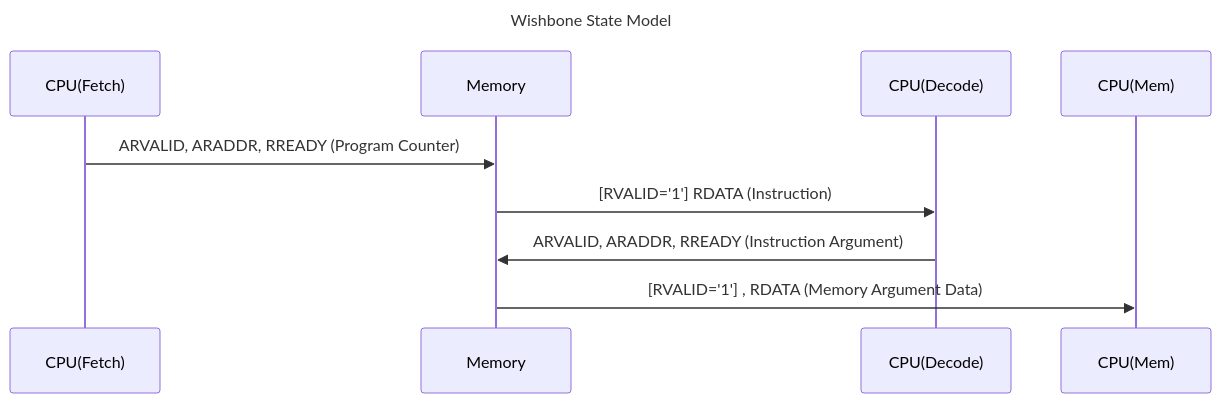
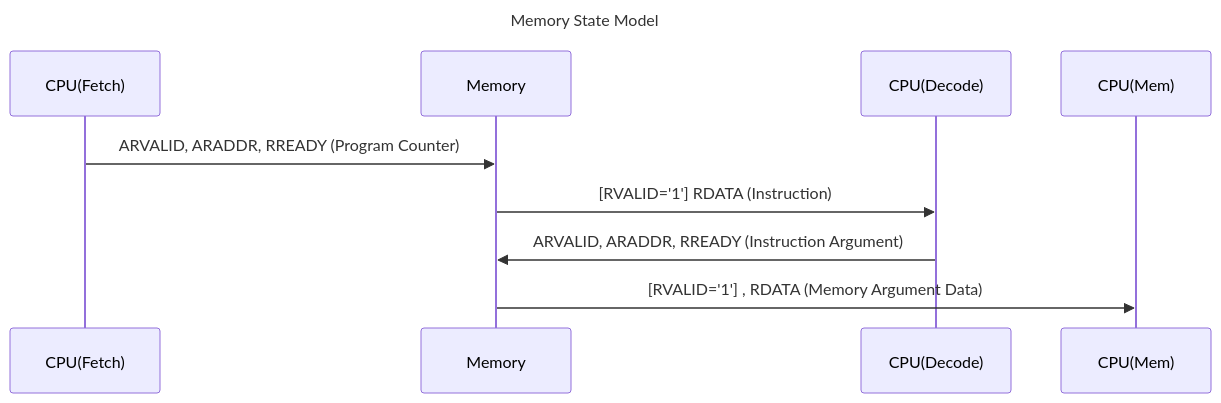
One commit to cas-mls/cpu2 changed the fourth of 8 diagrams in Readme.md. Above: the diagram before and after it, drawn with Mermaid. The commit also changed other lines of this file and 4 other files, not shown here.

````diff
--- a/Readme.md
+++ b/Readme.md
@@ -1213,12 +1268,12 @@
 ```mermaid
 ---
-title: Wishbone State Model
+title: Memory State Model
 ---
 
 sequenceDiagram
     CPU(Fetch)->>Memory: ARVALID, ARADDR, RREADY (Program Counter)
     Memory->>CPU(Decode) : [RVALID='1'] RDATA (Instruction)
     CPU(Decode)->> Memory : ARVALID, ARADDR, RREADY (Instruction Argument)
     Memory->>CPU(Mem) : [RVALID='1'] , RDATA (Memory Argument Data)
 
 ```
````
